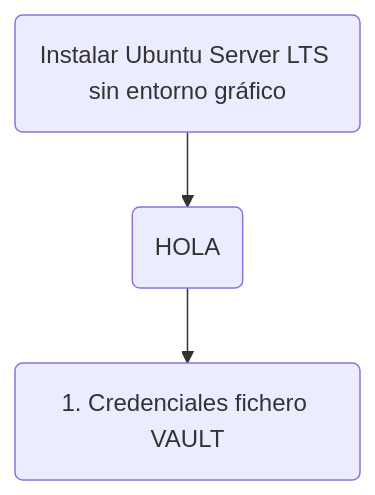
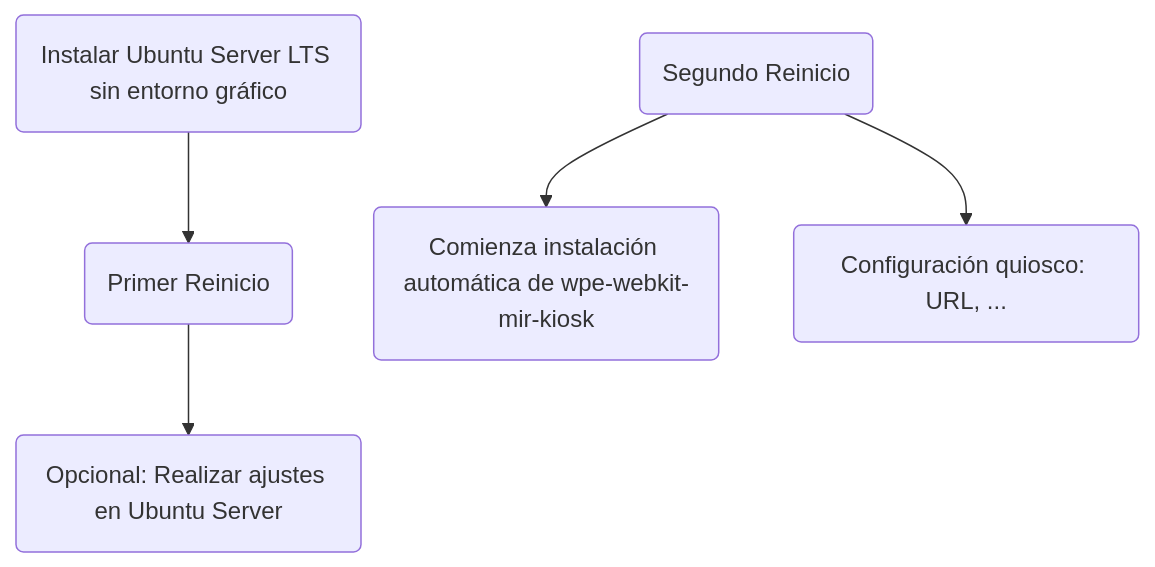
Before and after one commit to digitaliza-aapp/test: the diagram in README.md, drawn with Mermaid.

````diff
--- a/README.md
+++ b/README.md
@@ -52,6 +52,7 @@
 ```mermaid
 graph TD;
     Server(Instalar Ubuntu Server LTS sin entorno gráfico)-->1_Reinicio(Primer reinicio del sistema);
-    1_Reinicio(HOLA)-->Credenciales_Fichero_Vault(1. Credenciales fichero VAULT);
-    
+    1_Reinicio(Primer Reinicio)-->Opcional_1_Reinicio(Opcional: Realizar ajustes en Ubuntu Server);
+    2_Reinicio(Segundo Reinicio)-->Wpe-webkit(Comienza instalación automática de wpe-webkit-mir-kiosk);
+    2_Reinicio-->Configuracion_Kiosk(Configuración quiosco: URL, ...);
 ```
````
